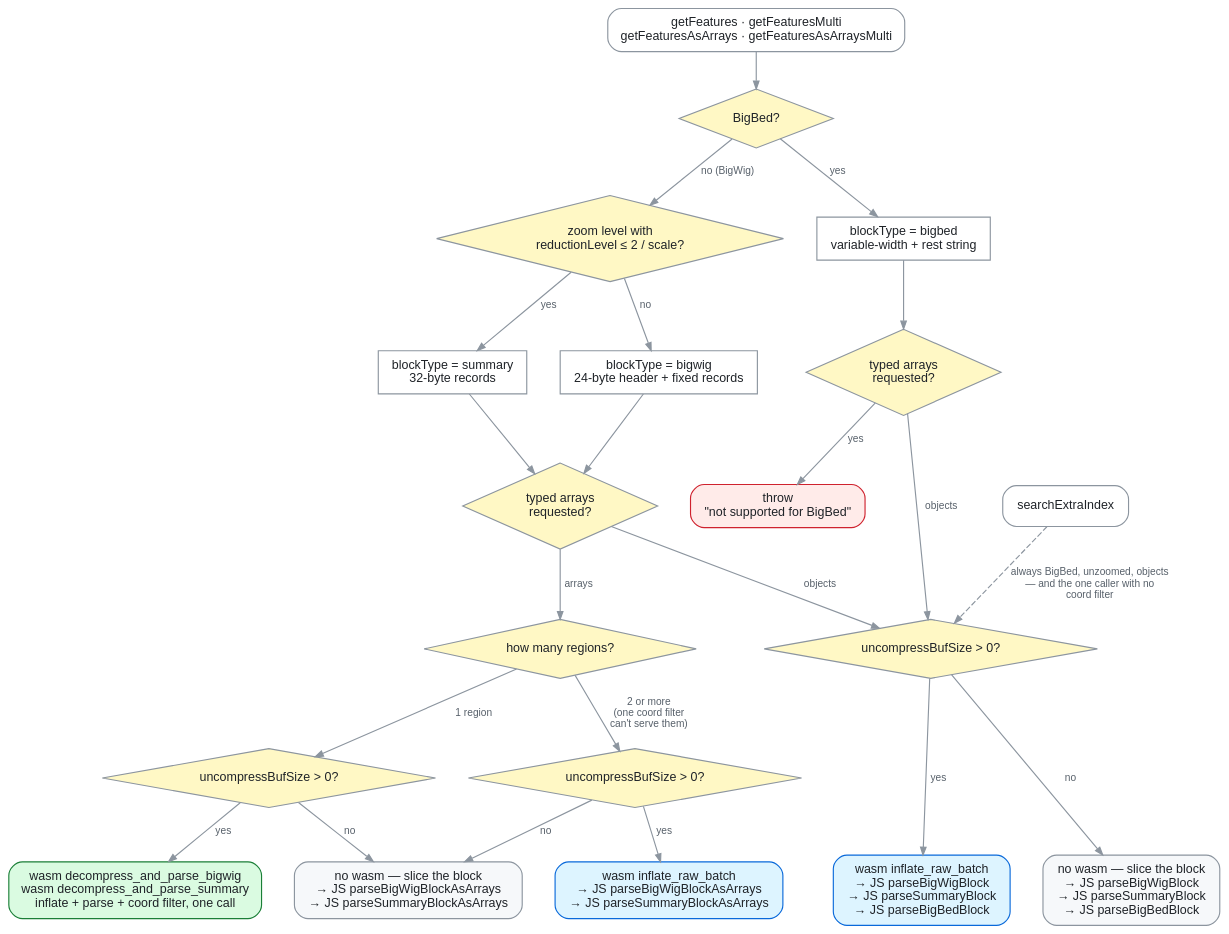
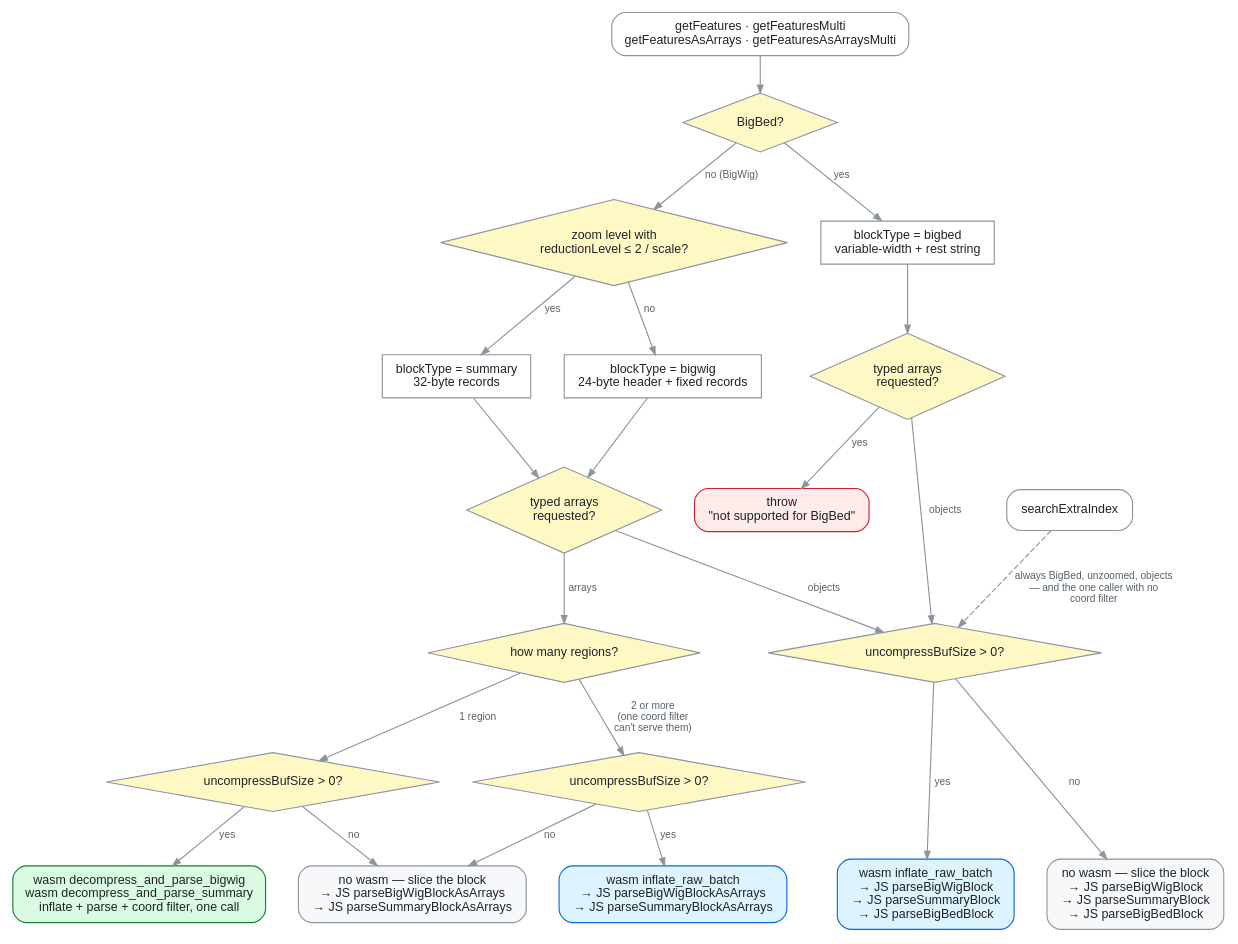
The diagram in docs/parser-selection.dot (GMOD/bbi-js), drawn with Graphviz before and after one commit. The commit also changed 1 other file, not shown here.

Commit message:
docs: the parser-selection diagram was unreadable on a dark theme
bgcolor was transparent, so the canvas took the viewer's background. Node labels
sit on filled shapes and were fine either way, but the edge labels — "yes",
"no (BigWig)" — are bare #57606a text on the canvas, which is ~2.6:1 against
GitHub dark's #0d1117.

White, matching cram-js's dataflow.svg and the two new diagrams in bam-js and
tabix-js.

```diff
--- a/docs/parser-selection.dot
+++ b/docs/parser-selection.dot
@@ -1,129 +1,134 @@
 digraph parser_selection {
   rankdir = TB
-  bgcolor = "transparent"
+  // White, not transparent. Node labels sit on filled shapes and survive either
+  // way, but edge labels ("yes", "no (BigWig)") are bare #57606a text on the
+  // canvas — on GitHub's dark theme that is ~2.6:1 against #0d1117, well under
+  // readable. SYNC: ~/src/gmod/bam-js/docs/dataflow.dot,
+  // ~/src/gmod/tabix-js/docs/dataflow.dot
+  bgcolor = "white"
   nodesep = 0.4
   ranksep = 0.45
 
   node [
     fontname = "Helvetica,Arial,sans-serif"
     fontsize = 11
     fontcolor = "#1f2328"
     color = "#8c959f"
     style = "filled"
     margin = "0.18,0.10"
   ]
   edge [
     fontname = "Helvetica,Arial,sans-serif"
     fontsize = 9
     fontcolor = "#57606a"
     color = "#8c959f"
     arrowsize = 0.7
   ]
 
   // ---- entry -------------------------------------------------------------
   call [
     label = "getFeatures · getFeaturesMulti\ngetFeaturesAsArrays · getFeaturesAsArraysMulti"
     shape = box
     style = "filled,rounded"
     fillcolor = "#ffffff"
   ]
   call_search [
     label = "searchExtraIndex"
     shape = box
     style = "filled,rounded"
     fillcolor = "#ffffff"
   ]
 
   // ---- which block layout (BBI.getView) ----------------------------------
   d_file [label = "BigBed?" shape = diamond fillcolor = "#fff8c5"]
   d_zoom [label = "zoom level with\nreductionLevel ≤ 2 / scale?" shape = diamond fillcolor = "#fff8c5"]
 
   bt_bed [label = "blockType = bigbed\nvariable-width + rest string" shape = box fillcolor = "#ffffff"]
   bt_sum [label = "blockType = summary\n32-byte records" shape = box fillcolor = "#ffffff"]
   bt_wig [label = "blockType = bigwig\n24-byte header + fixed records" shape = box fillcolor = "#ffffff"]
 
   call -> d_file
   d_file -> bt_bed [label = "  yes"]
   d_file -> d_zoom [label = "  no (BigWig)"]
   d_zoom -> bt_sum [label = "  yes"]
   d_zoom -> bt_wig [label = "  no"]
 
   // ---- which reader ------------------------------------------------------
   d_reader_bed [label = "typed arrays\nrequested?" shape = diamond fillcolor = "#fff8c5"]
   d_reader_wig [label = "typed arrays\nrequested?" shape = diamond fillcolor = "#fff8c5"]
 
   bt_bed -> d_reader_bed
   bt_sum -> d_reader_wig
   bt_wig -> d_reader_wig
 
   throw [
     label = "throw\n\"not supported for BigBed\""
     shape = box
     style = "filled,rounded"
     fillcolor = "#ffebe9"
     color = "#cf222e"
   ]
   d_reader_bed -> throw [label = "  yes"]
 
   d_regions [label = "how many regions?" shape = diamond fillcolor = "#fff8c5"]
   d_reader_wig -> d_regions [label = "  arrays"]
 
   // ---- compressed? -------------------------------------------------------
   d_zip_fused [label = "uncompressBufSize > 0?" shape = diamond fillcolor = "#fff8c5"]
   d_zip_arr   [label = "uncompressBufSize > 0?" shape = diamond fillcolor = "#fff8c5"]
   d_zip_obj   [label = "uncompressBufSize > 0?" shape = diamond fillcolor = "#fff8c5"]
 
   d_regions -> d_zip_fused [label = "  1 region"]
   d_regions -> d_zip_arr [label = "  2 or more\n  (one coord filter\n  can't serve them)"]
 
   d_reader_bed -> d_zip_obj [label = "  objects"]
   d_reader_wig -> d_zip_obj [label = "  objects"]
   call_search -> d_zip_obj [
     label = "  always BigBed, unzoomed, objects\n  — and the one caller with no\n  coord filter"
     style = dashed
   ]
 
   // ---- leaves ------------------------------------------------------------
   leaf_fused [
     label = "wasm decompress_and_parse_bigwig\nwasm decompress_and_parse_summary\ninflate + parse + coord filter, one call"
     shape = box
     style = "filled,rounded"
     fillcolor = "#dafbe1"
     color = "#1a7f37"
   ]
   leaf_arr_zip [
     label = "wasm inflate_raw_batch\n→ JS parseBigWigBlockAsArrays\n→ JS parseSummaryBlockAsArrays"
     shape = box
     style = "filled,rounded"
     fillcolor = "#ddf4ff"
     color = "#0969da"
   ]
   leaf_arr_raw [
     label = "no wasm — slice the block\n→ JS parseBigWigBlockAsArrays\n→ JS parseSummaryBlockAsArrays"
     shape = box
     style = "filled,rounded"
     fillcolor = "#f6f8fa"
   ]
   leaf_obj_zip [
     label = "wasm inflate_raw_batch\n→ JS parseBigWigBlock\n→ JS parseSummaryBlock\n→ JS parseBigBedBlock"
     shape = box
     style = "filled,rounded"
     fillcolor = "#ddf4ff"
     color = "#0969da"
   ]
   leaf_obj_raw [
     label = "no wasm — slice the block\n→ JS parseBigWigBlock\n→ JS parseSummaryBlock\n→ JS parseBigBedBlock"
     shape = box
     style = "filled,rounded"
     fillcolor = "#f6f8fa"
   ]
 
   d_zip_fused -> leaf_fused [label = "  yes"]
   d_zip_fused -> leaf_arr_raw [label = "  no"]
   d_zip_arr -> leaf_arr_zip [label = "  yes"]
   d_zip_arr -> leaf_arr_raw [label = "  no"]
   d_zip_obj -> leaf_obj_zip [label = "  yes"]
   d_zip_obj -> leaf_obj_raw [label = "  no"]
 
   { rank = same; leaf_fused; leaf_arr_zip; leaf_arr_raw; leaf_obj_zip; leaf_obj_raw }
 }
```
